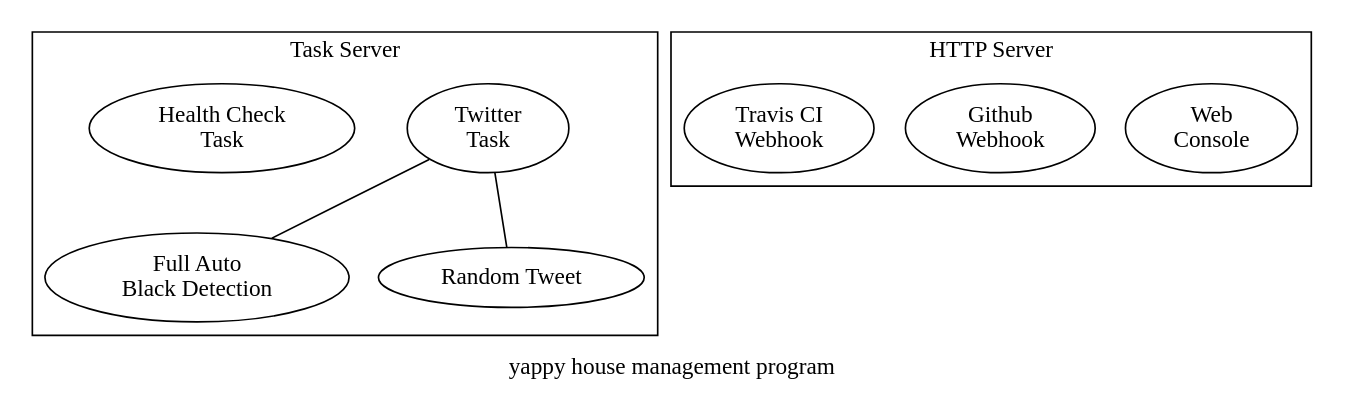
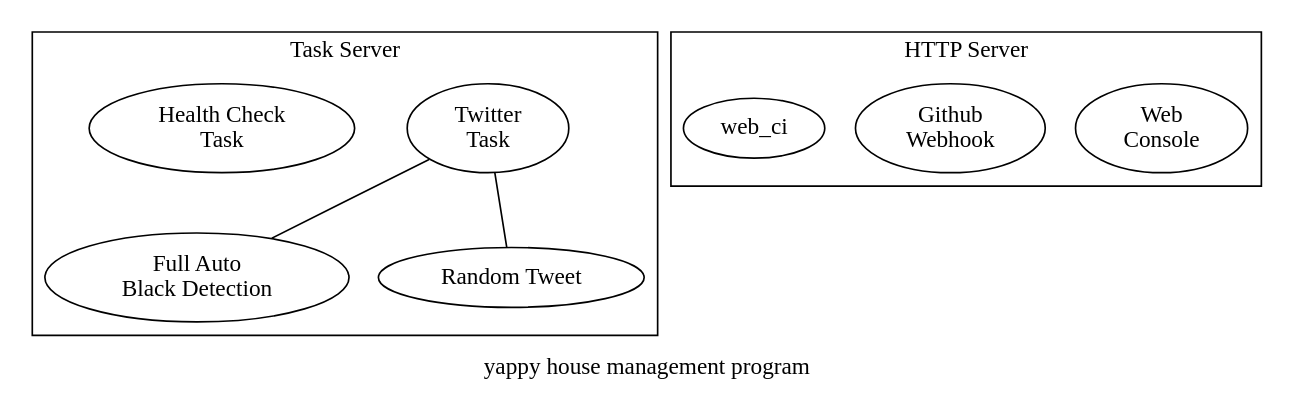
The diagram in document/src/shanghai.dot (yappy/DollsKit), drawn with Graphviz before and after one commit. The commit also changed 1 other file, not shown here.

Commit message:
Travis CI 関連の記述を消す

```diff
--- a/document/src/shanghai.dot
+++ b/document/src/shanghai.dot
@@ -1,27 +1,26 @@
 graph graphname {
 	graph [
 		charset = "UTF-8",
 		label = "yappy house management program",
 	];
 
 	task_twit [label="Twitter\nTask"];
 	twit_fabd [label="Full Auto\nBlack Detection"];
 	twit_rand [label="Random Tweet"];
 	task_health [label="Health Check\nTask"];
 	web_console [label="Web\nConsole"];
 	web_github [label="Github\nWebhook"];
-	web_ci [label="Travis CI\nWebhook"];
 
 	subgraph cluster_ts {
 		label="Task Server";
 		task_twit -- twit_fabd;
 		task_twit -- twit_rand;
 		task_health;
 	}
 	subgraph cluster_web {
 		label="HTTP Server";
 		web_console;
 		web_github;
 		web_ci;
 	}
 }
```
